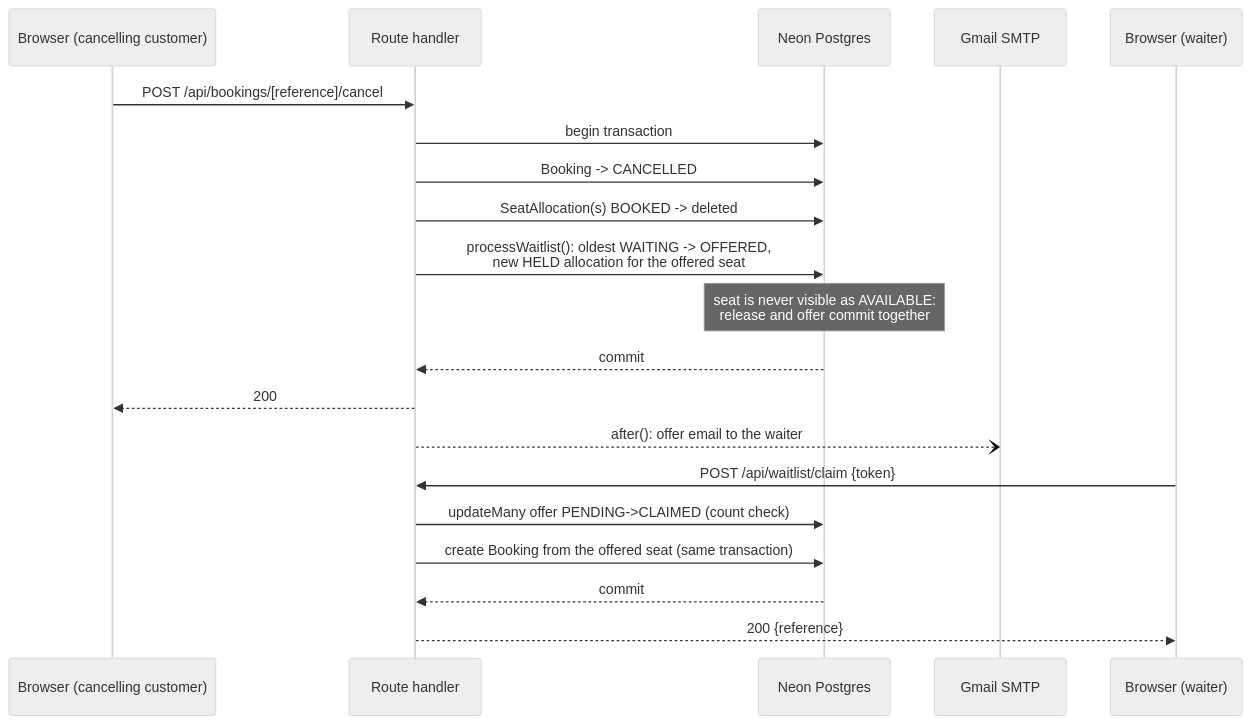
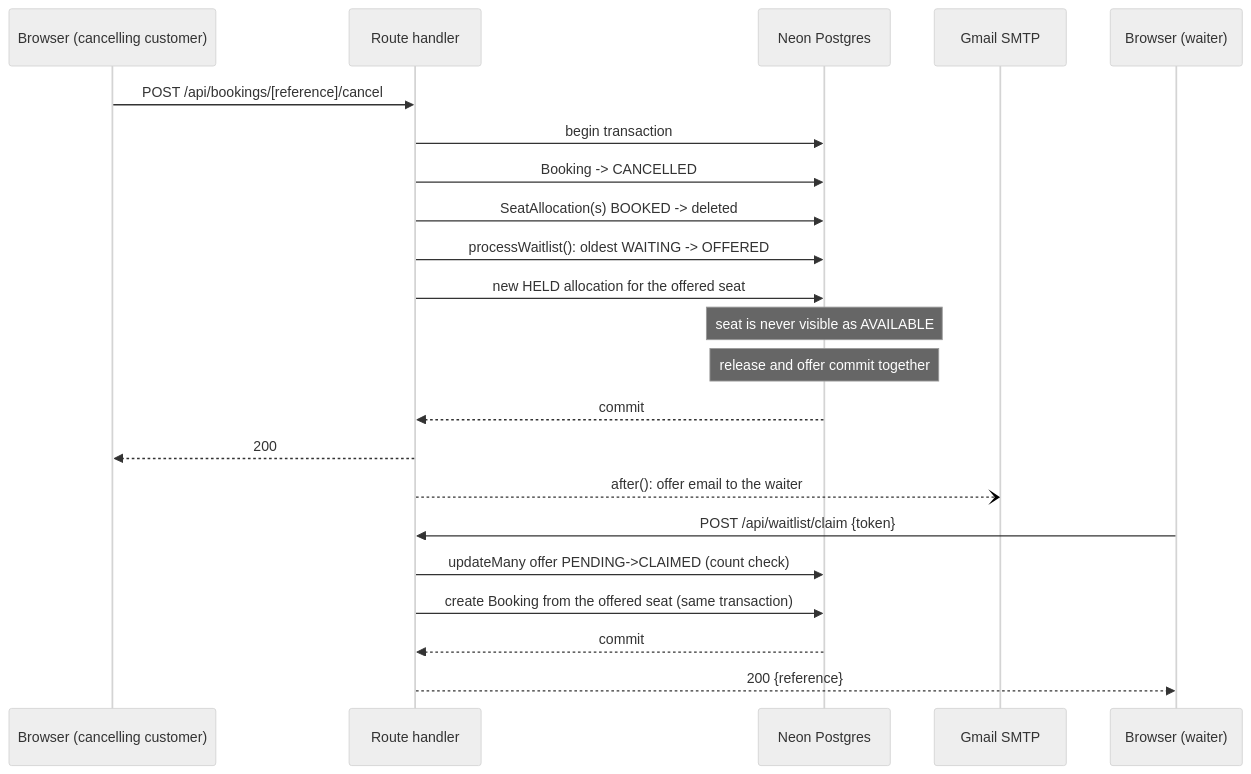
One commit to PrithviSinghNathawat/ticket-booking-system changed the fourth of 6 diagrams in docs/ARCHITECTURE.md. Above: the diagram before and after it, drawn with Mermaid (neutral theme). The commit also changed other lines of this file, not shown here.

Commit message:
Fix two Mermaid diagrams that failed to render on GitHub
Verified each diagram by opening the rendered doc on GitHub signed
out, per Phase 10 Part E. Two failed: both sequence-diagram Note lines
using <br/> for a line break, and the layer diagram's edge label
containing literal parentheses (flowchart edge labels can't safely
contain them). Split the notes into separate Note statements and
reworded the edge label instead of relying on characters GitHub's
Mermaid parser rejects.

````diff
--- a/docs/ARCHITECTURE.md
+++ b/docs/ARCHITECTURE.md
@@ -124,23 +125,25 @@
 ```mermaid
 sequenceDiagram
     participant U1 as Browser (cancelling customer)
     participant R as Route handler
     participant DB as Neon Postgres
     participant M as Gmail SMTP
     participant U2 as Browser (waiter)
 
     U1->>R: POST /api/bookings/[reference]/cancel
     R->>DB: begin transaction
     R->>DB: Booking -> CANCELLED
     R->>DB: SeatAllocation(s) BOOKED -> deleted
-    R->>DB: processWaitlist(): oldest WAITING -> OFFERED,<br/>new HELD allocation for the offered seat
-    Note over DB: seat is never visible as AVAILABLE:<br/>release and offer commit together
+    R->>DB: processWaitlist(): oldest WAITING -> OFFERED
+    R->>DB: new HELD allocation for the offered seat
+    Note over DB: seat is never visible as AVAILABLE
+    Note over DB: release and offer commit together
     DB-->>R: commit
     R-->>U1: 200
     R--)M: after(): offer email to the waiter
     U2->>R: POST /api/waitlist/claim {token}
     R->>DB: updateMany offer PENDING->CLAIMED (count check)
     R->>DB: create Booking from the offered seat (same transaction)
     DB-->>R: commit
     R-->>U2: 200 {reference}
 ```
````
